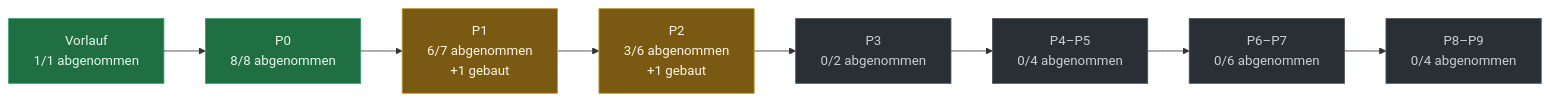
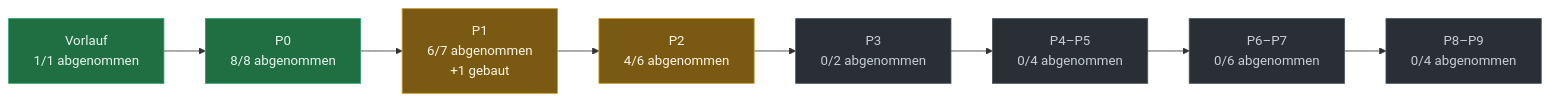
One commit to evenacadia-tech/Nakama changed the diagram in docs/PLAN-STAND.md. Above: the diagram before and after it, drawn with Mermaid. The commit also changed other lines of this file and 2 other files, not shown here.

````diff
--- a/docs/PLAN-STAND.md
+++ b/docs/PLAN-STAND.md
@@ -37,21 +38,21 @@
 ```mermaid
 flowchart LR
   P0["Vorlauf<br/>1/1 abgenommen"]:::fertig
   P1["P0<br/>8/8 abgenommen"]:::fertig
   P0 --> P1
   P2["P1<br/>6/7 abgenommen<br/>+1 gebaut"]:::laeuft
   P1 --> P2
-  P3["P2<br/>3/6 abgenommen<br/>+1 gebaut"]:::laeuft
+  P3["P2<br/>4/6 abgenommen"]:::laeuft
   P2 --> P3
   P4["P3<br/>0/2 abgenommen"]:::offen
   P3 --> P4
   P5["P4–P5<br/>0/4 abgenommen"]:::offen
   P4 --> P5
   P6["P6–P7<br/>0/6 abgenommen"]:::offen
   P5 --> P6
   P7["P8–P9<br/>0/4 abgenommen"]:::offen
   P6 --> P7
   classDef fertig fill:#1f6f43,stroke:#2ea36a,color:#eaf6ef
   classDef laeuft fill:#7a5a12,stroke:#c99a2e,color:#fdf6e6
   classDef offen  fill:#2a2f36,stroke:#4a525c,color:#c7ced8
 ```
````
